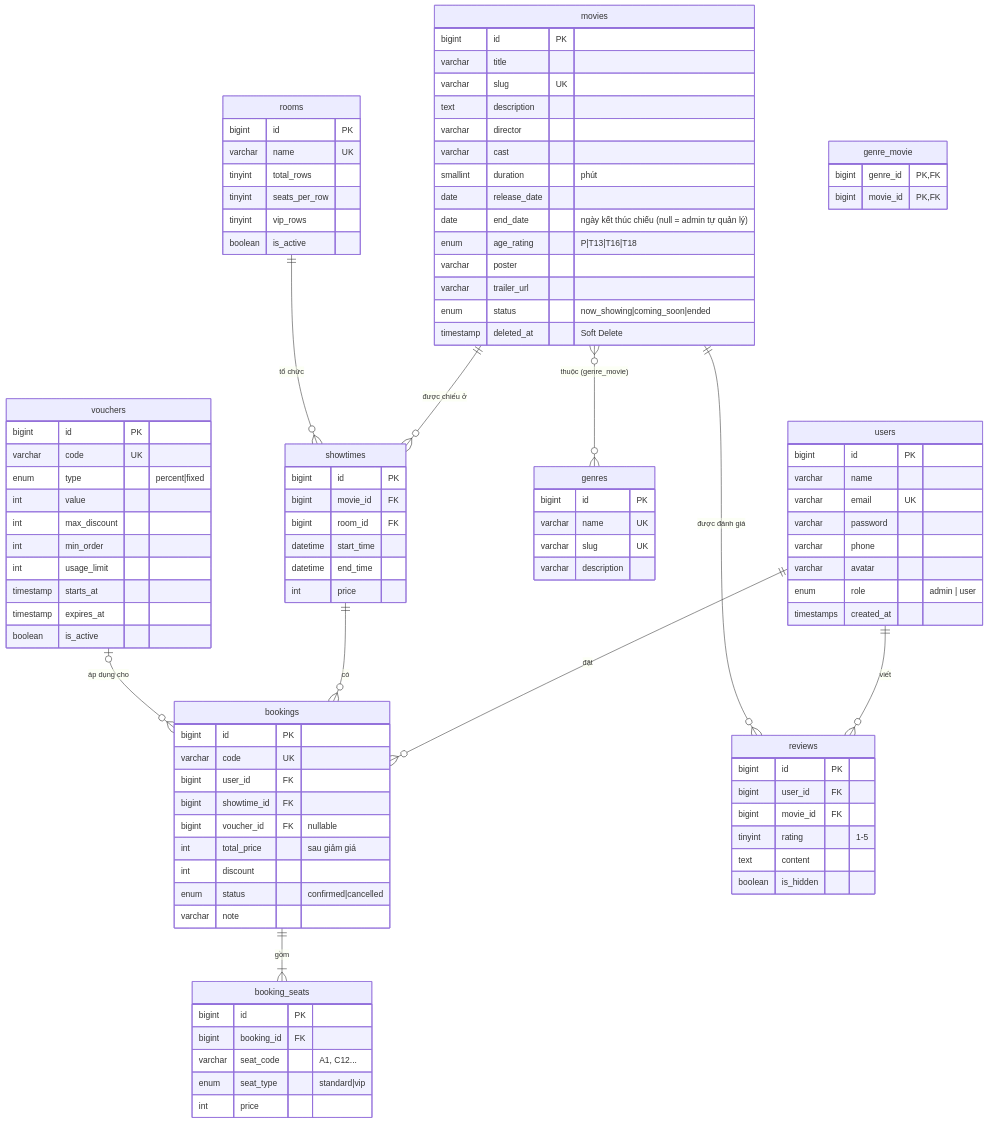
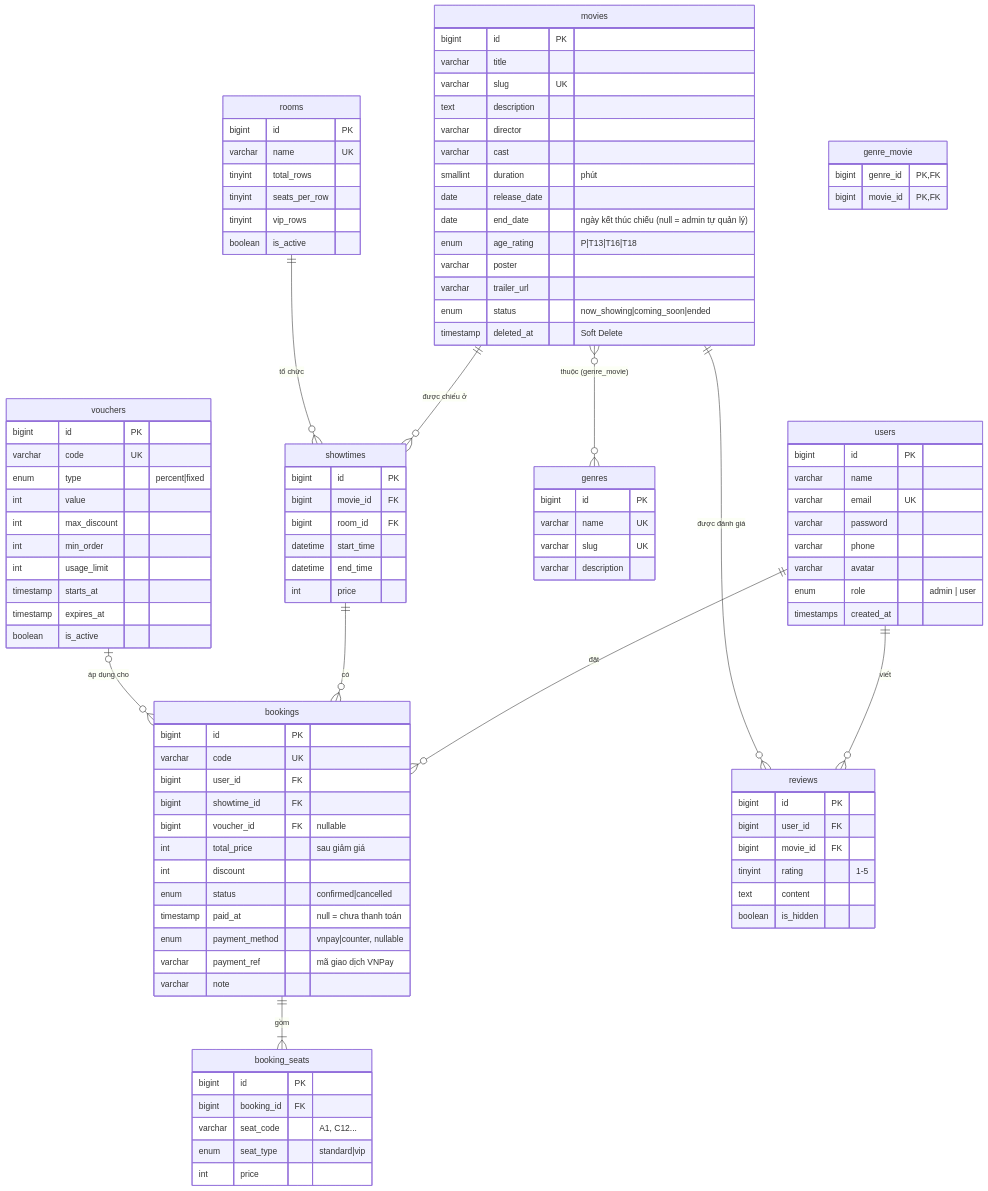
Before and after one commit to Leanhoangy/CineBook: the first of 2 diagrams in docs/THIET_KE.md, drawn with Mermaid. The commit also changed other lines of this file and 28 other files, not shown here.

Commit message:
Thanh toán vé online qua VNPay sandbox (chữ ký HMAC-SHA512, IPN, chống ghi nhận 2 lần), thu tiền tại quầy cho admin; mã QR vé tạo trên server thay cho API ngoài

```diff
--- a/docs/THIET_KE.md
+++ b/docs/THIET_KE.md
@@ -89,6 +89,9 @@
         int total_price "sau giảm giá"
         int discount
         enum status "confirmed|cancelled"
+        timestamp paid_at "null = chưa thanh toán"
+        enum payment_method "vnpay|counter, nullable"
+        varchar payment_ref "mã giao dịch VNPay"
         varchar note
     }
     booking_seats {
```
